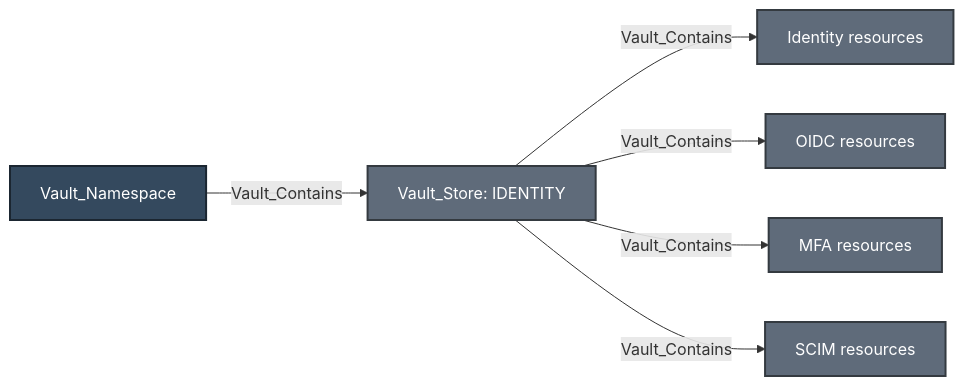
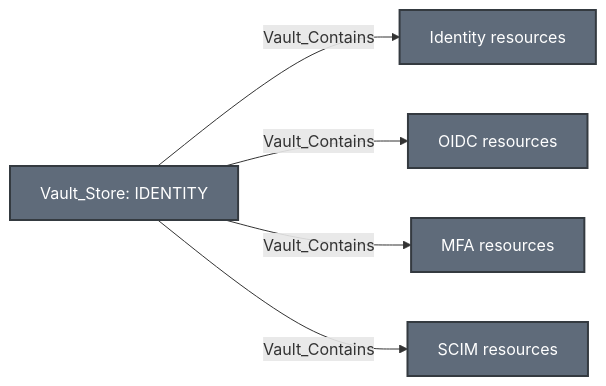
Before and after one commit to bytewreck/opengraph-vault: the first of 12 diagrams in Documentation/stores/IDENTITY.md, drawn with Mermaid. The commit also changed other lines of this file, not shown here.

````diff
--- a/Documentation/stores/IDENTITY.md
+++ b/Documentation/stores/IDENTITY.md
@@ -9,11 +9,10 @@
 ```mermaid
 flowchart LR
-    namespace[Vault_Namespace]:::namespaceNode -->|Vault_Contains| store[Vault_Store: IDENTITY]:::storeNode
-    store -->|Vault_Contains| identities["Identity resources"]:::storeNode
+    store[Vault_Store: IDENTITY]:::storeNode -->|Vault_Contains| identities["Identity resources"]:::storeNode
     store -->|Vault_Contains| oidc["OIDC resources"]:::storeNode
     store -->|Vault_Contains| mfa["MFA resources"]:::storeNode
     store -->|Vault_Contains| scim["SCIM resources"]:::storeNode
 
     classDef namespaceNode fill:#34495E,color:#fff,stroke:#1B2631,stroke-width:2px
     classDef storeNode fill:#5F6B7A,color:#fff,stroke:#343A40,stroke-width:2px
 ```
````
